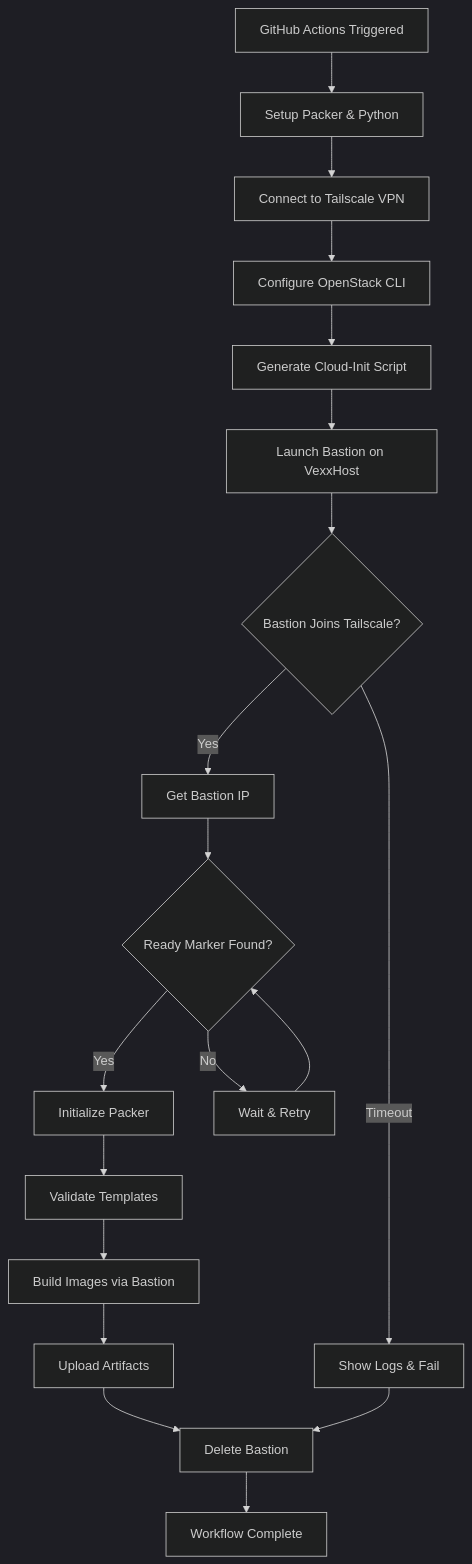
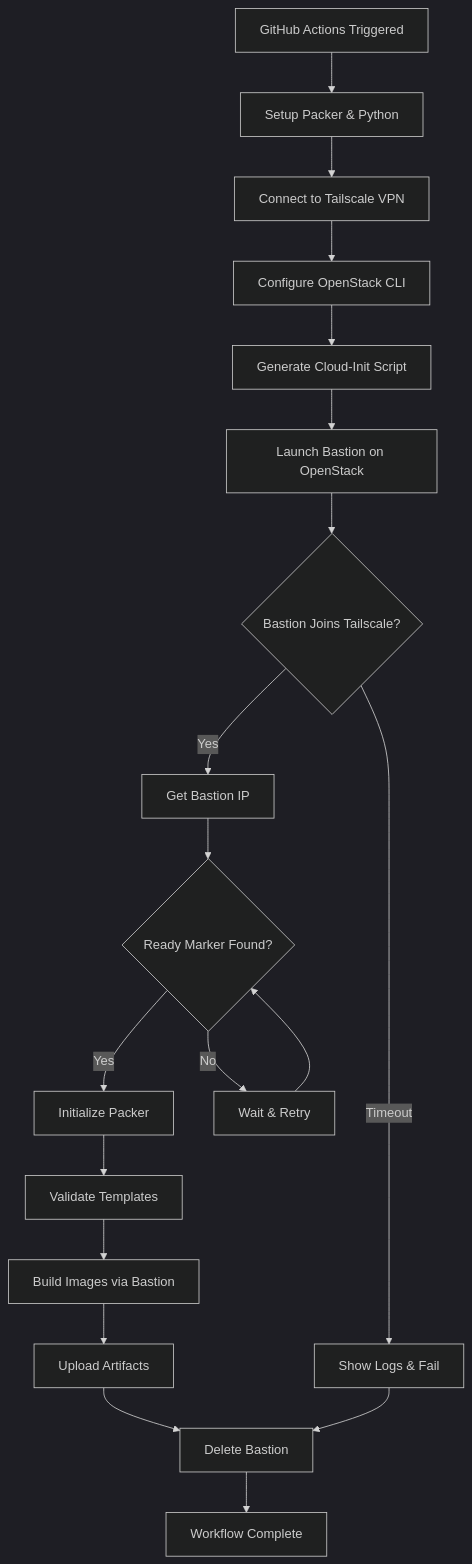
One commit to askb/releng-packer-action changed the diagram in docs/ARCHITECTURE.md. Above: the diagram before and after it, drawn with Mermaid (dark theme). The commit also changed other lines of this file and 17 other files, not shown here.

````diff
--- a/docs/ARCHITECTURE.md
+++ b/docs/ARCHITECTURE.md
@@ -609,21 +609,21 @@
 ```mermaid
 graph TD
     A[GitHub Actions Triggered] --> B[Setup Packer & Python]
     B --> C[Connect to Tailscale VPN]
     C --> D[Configure OpenStack CLI]
     D --> E[Generate Cloud-Init Script]
-    E --> F[Launch Bastion on VexxHost]
+    E --> F[Launch Bastion on OpenStack]
     F --> G{Bastion Joins Tailscale?}
     G -->|Yes| H[Get Bastion IP]
     G -->|Timeout| Z[Show Logs & Fail]
     H --> I{Ready Marker Found?}
     I -->|Yes| J[Initialize Packer]
     I -->|No| K[Wait & Retry]
     K --> I
     J --> L[Validate Templates]
     L --> M[Build Images via Bastion]
     M --> N[Upload Artifacts]
     N --> O[Delete Bastion]
     O --> P[Workflow Complete]
     Z --> O
 ```
````
